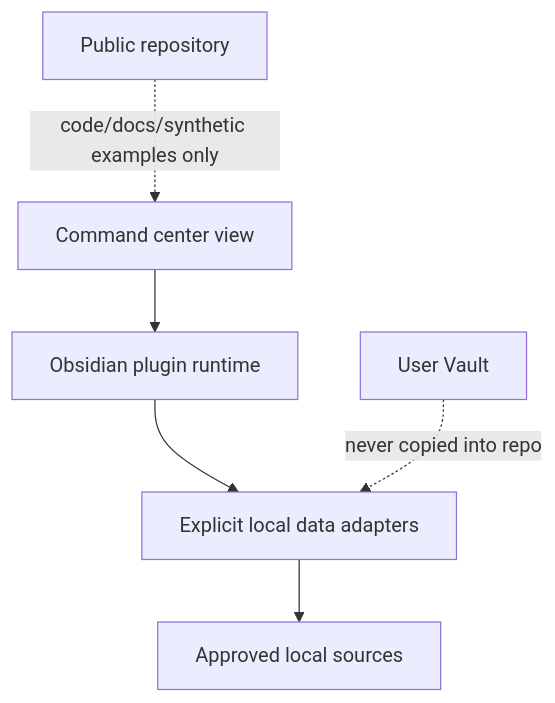
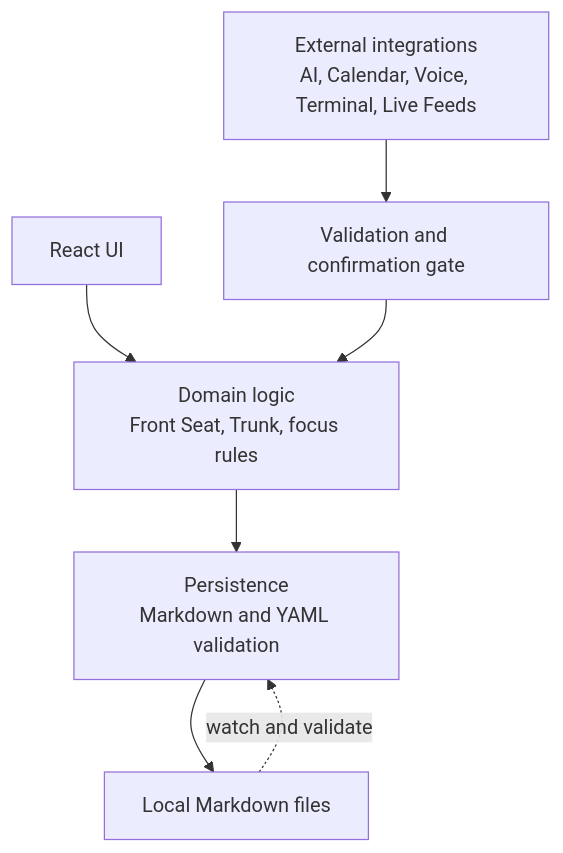
The diagram in docs/architecture.md (silver-g8/silver-command-center), drawn with Mermaid before and after one commit. The commit also changed other lines of this file and 5 other files, not shown here.

Commit message:
docs: align foundation with command center MVP

````diff
--- a/docs/architecture.md
+++ b/docs/architecture.md
@@ -15,15 +21,16 @@
 ```mermaid
 flowchart TD
-    UI[Command center view]
-    RUNTIME[Obsidian plugin runtime]
-    ADAPTER[Explicit local data adapters]
-    SOURCES[Approved local sources]
-    VAULT[User Vault]
-    REPO[Public repository]
+    UI[React UI]
+    DOMAIN[Domain logic\nFront Seat, Trunk, focus rules]
+    PERSIST[Persistence\nMarkdown and YAML validation]
+    FILES[Local Markdown files]
+    EXT[External integrations\nAI, Calendar, Voice, Terminal, Live Feeds]
+    CONFIRM[Validation and confirmation gate]
 
-    UI --> RUNTIME
-    RUNTIME --> ADAPTER
-    ADAPTER --> SOURCES
-    VAULT -. "never copied into repo" .-> ADAPTER
-    REPO -. "code/docs/synthetic examples only" .-> UI
+    UI --> DOMAIN
+    DOMAIN --> PERSIST
+    PERSIST --> FILES
+    EXT --> CONFIRM
+    CONFIRM --> DOMAIN
+    FILES -. "watch and validate" .-> PERSIST
 ```
````
